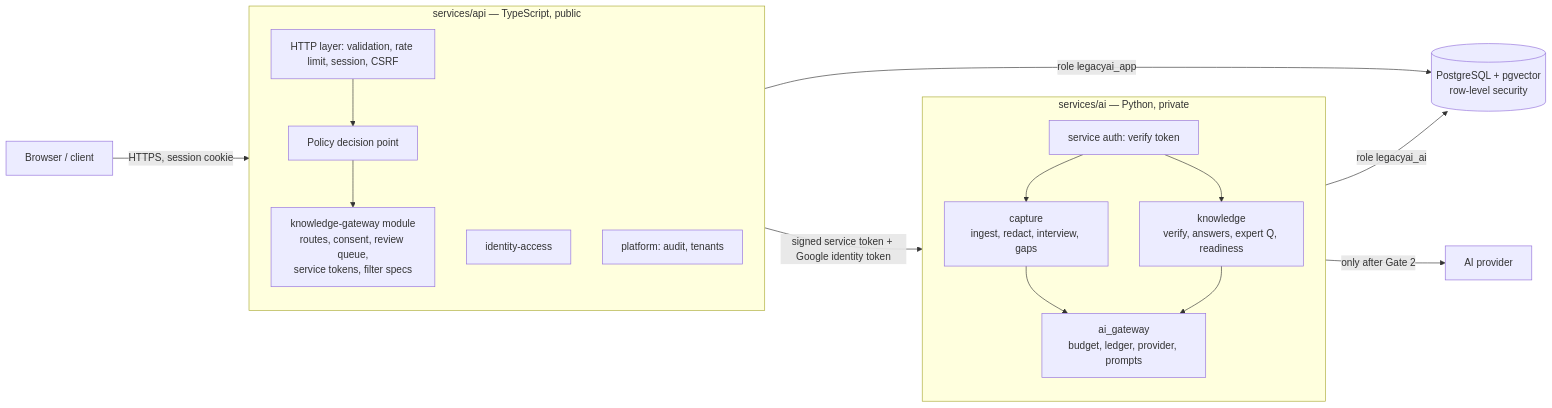
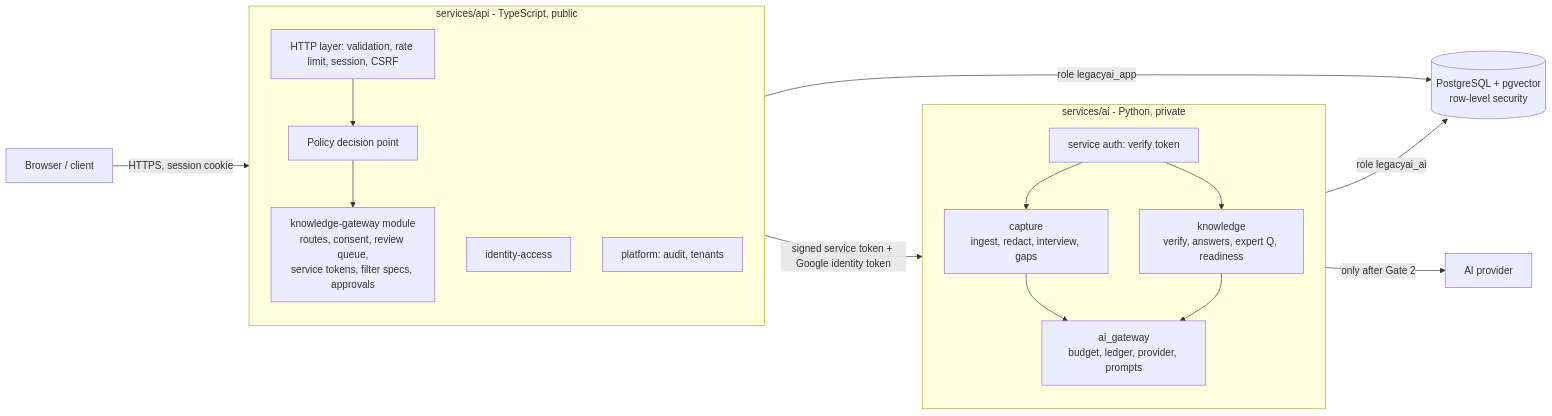
Before and after one commit to Rmasood1122/LegacyAI: the first of 6 diagrams in docs/phase2/01-architecture.md, drawn with Mermaid. The commit also changed other lines of this file and 11 other files, not shown here.

````diff
--- a/docs/phase2/01-architecture.md
+++ b/docs/phase2/01-architecture.md
@@ -22,31 +25,31 @@
 ```mermaid
 flowchart LR
     U[Browser / client] -->|HTTPS, session cookie| API
 
-    subgraph API[services/api — TypeScript, public]
+    subgraph API[services/api - TypeScript, public]
       direction TB
       H[HTTP layer: validation, rate limit, session, CSRF]
       PDP[Policy decision point]
-      GW[knowledge-gateway module<br/>routes, consent, review queue,<br/>service tokens, filter specs]
+      GW[knowledge-gateway module<br/>routes, consent, review queue,<br/>service tokens, filter specs, approvals]
       IA[identity-access]
       PL[platform: audit, tenants]
       H --> PDP --> GW
     end
 
-    subgraph AI[services/ai — Python, private]
+    subgraph AI[services/ai - Python, private]
       direction TB
       SA[service auth: verify token]
       CAP[capture<br/>ingest, redact, interview, gaps]
       KN[knowledge<br/>verify, answers, expert Q, readiness]
       AGW[ai_gateway<br/>budget, ledger, provider, prompts]
       SA --> CAP
       SA --> KN
       CAP --> AGW
       KN --> AGW
     end
 
     GW -->|signed service token + Google identity token| SA
     API -->|role legacyai_app| DB[(PostgreSQL + pgvector<br/>row-level security)]
     AI -->|role legacyai_ai| DB
     AGW -->|only after Gate 2| P[AI provider]
 ```
````
